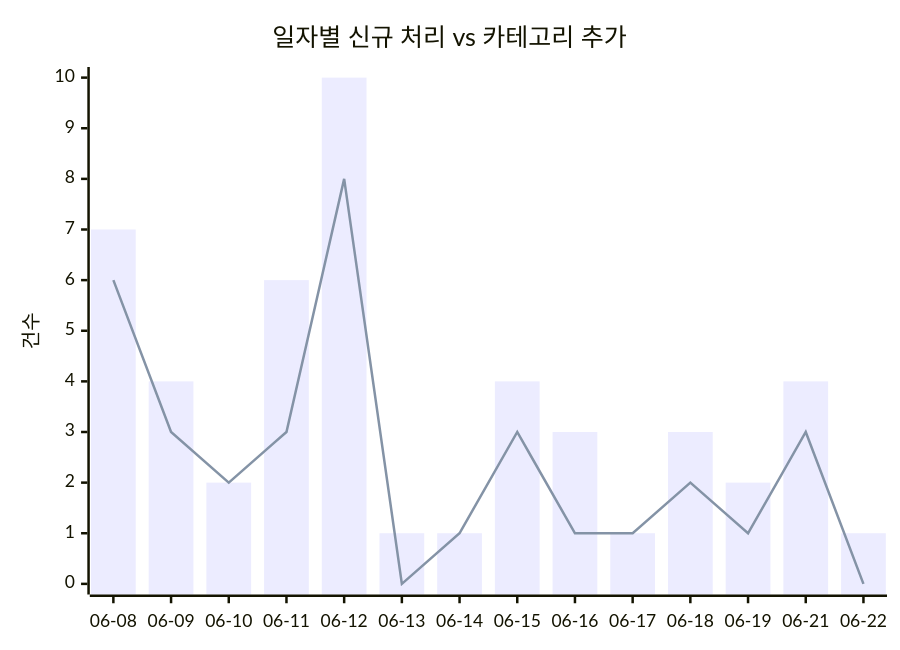
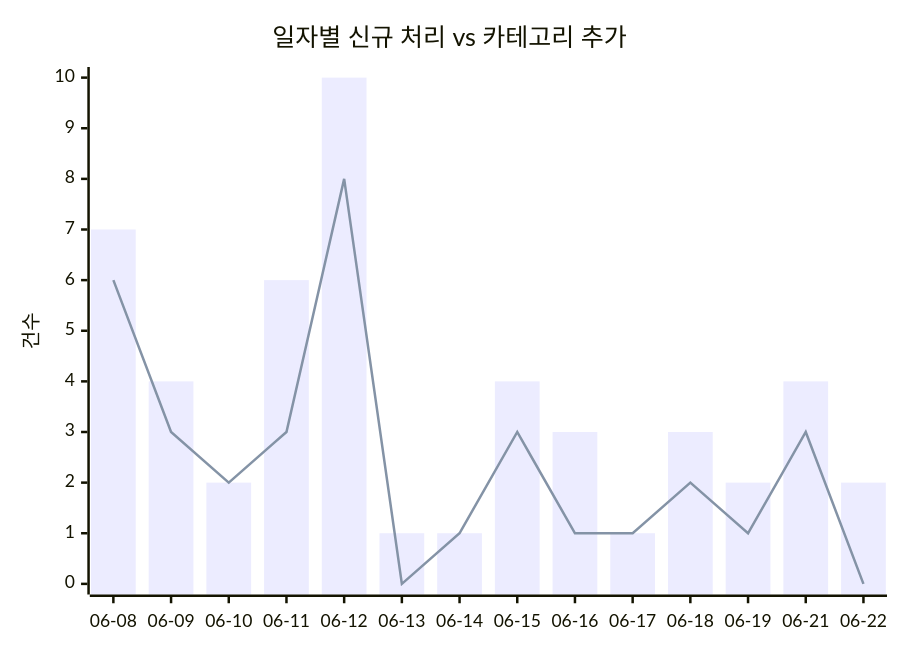
One commit to J-nowcow/awesome-korean-agent-skills changed the first of 2 diagrams in docs/trends.md. Above: the diagram before and after it, drawn with Mermaid. The commit also changed other lines of this file and 2 other files, not shown here.

````diff
--- a/docs/trends.md
+++ b/docs/trends.md
@@ -32,8 +32,8 @@
 ```mermaid
 xychart-beta
     title "일자별 신규 처리 vs 카테고리 추가"
     x-axis ["06-08","06-09","06-10","06-11","06-12","06-13","06-14","06-15","06-16","06-17","06-18","06-19","06-21","06-22"]
     y-axis "건수"
-    bar [7,4,2,6,10,1,1,4,3,1,3,2,4,1]
+    bar [7,4,2,6,10,1,1,4,3,1,3,2,4,2]
     line [6,3,2,3,8,0,1,3,1,1,2,1,3,0]
 ```
````
